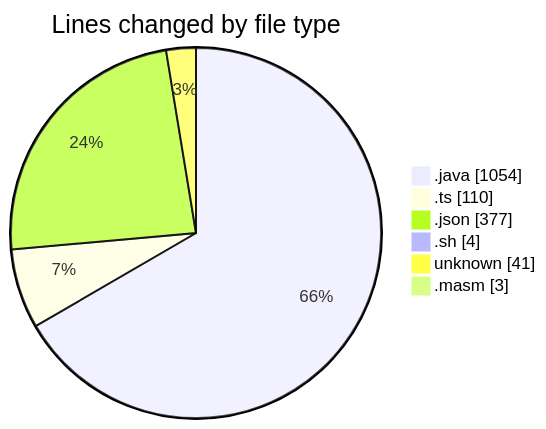
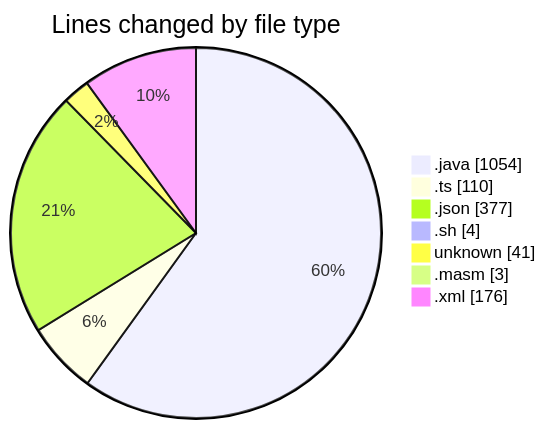
One commit to charlie-sans/code-tracking changed the first of 2 diagrams in 2025-02-20/micros/README.md. Above: the diagram before and after it, drawn with Mermaid. The commit also changed other lines of this file and 1 other file, not shown here.

````diff
--- a/2025-02-20/micros/README.md
+++ b/2025-02-20/micros/README.md
@@ -33,10 +34,11 @@
 ```mermaid
 pie showData
 title Lines changed by file type
 ".java" : 1054
 ".ts" : 110
 ".json" : 377
 ".sh" : 4
 "unknown" : 41
 ".masm" : 3
+".xml" : 176
 ```
````
